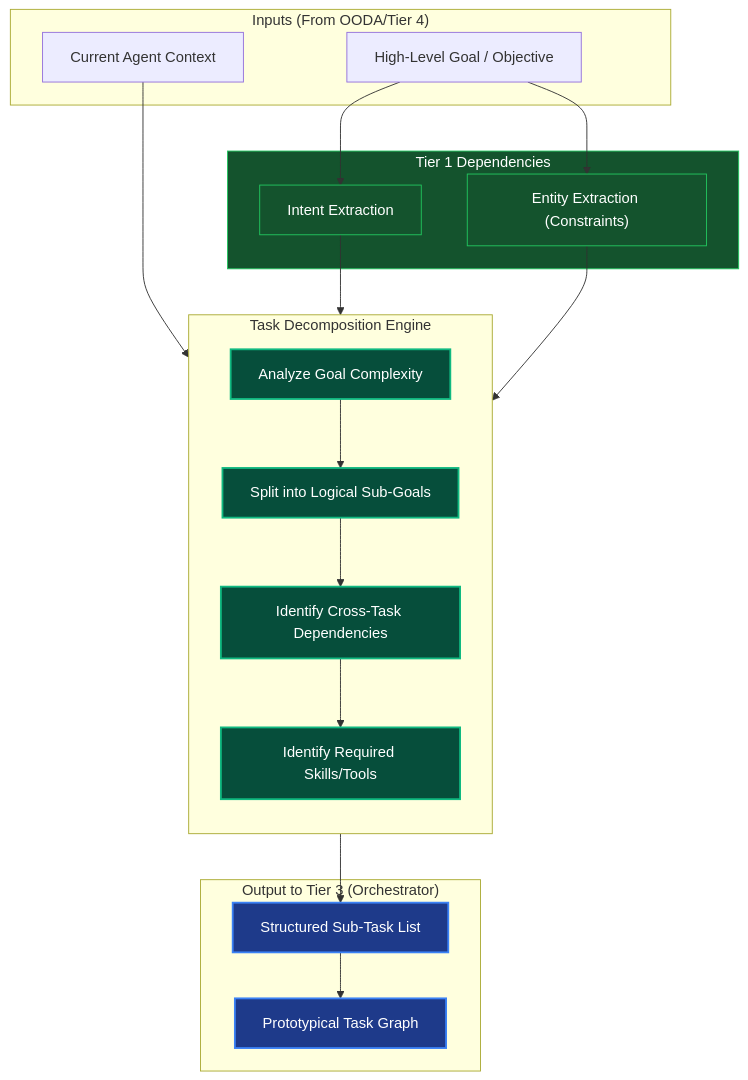
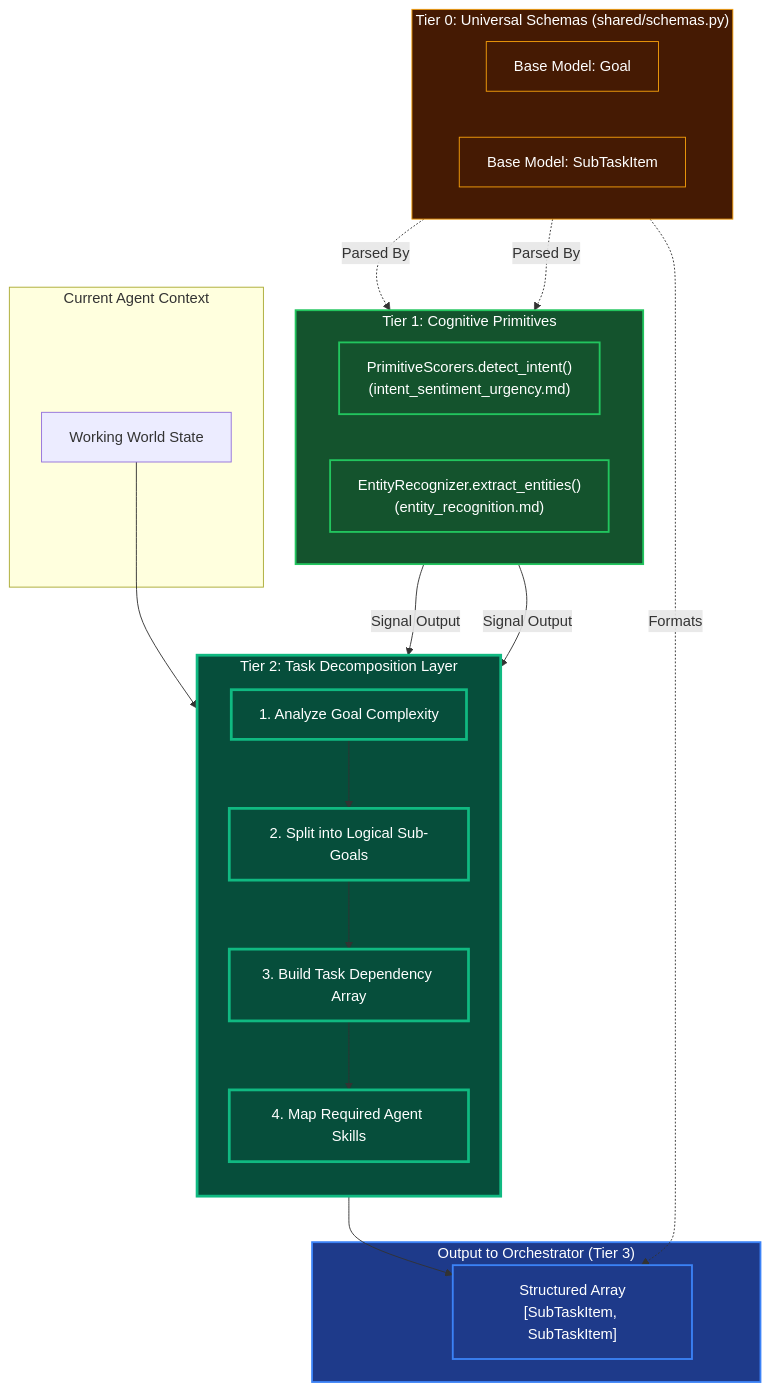
One commit to azzindani/Kea changed the diagram in redesign/tier_2/task_decomposition.md. Above: the diagram before and after it, drawn with Mermaid. The commit also changed 22 other files, not shown here.

Commit message:
feat: Define the conceptual architecture and components for Kea's multi-tiered redesign across tiers 0-6.

````diff
--- a/redesign/tier_2/task_decomposition.md
+++ b/redesign/tier_2/task_decomposition.md
@@ -8,54 +8,62 @@
 ```mermaid
 ---
 config:
   layout: dagre
 ---
 flowchart TB
-    %% Inputs
-    subgraph sInputs["Inputs (From OODA/Tier 4)"]
-        nGoal["High-Level Goal / Objective"]
-        nContext["Current Agent Context"]
+    %% DOWNSTREAM TIER 0 IMPORTS (SCHEMAS)
+    subgraph sTier0["Tier 0: Universal Schemas (shared/schemas.py)"]
+        direction LR
+        nSchemaGoal["Base Model: Goal"]
+        nSchemaTask["Base Model: SubTaskItem"]
     end
 
-    %% T1 Primitives
-    subgraph sTier1["Tier 1 Dependencies"]
-        nIntent["Intent Extraction"]
-        nEntity["Entity Extraction (Constraints)"]
+    %% DOWNSTREAM TIER 1 IMPORTS (PRIMITIVES)
+    subgraph sTier1["Tier 1: Cognitive Primitives"]
+        direction LR
+        nIntent["PrimitiveScorers.detect_intent()<br>(intent_sentiment_urgency.md)"]
+        nEntity["EntityRecognizer.extract_entities()<br>(entity_recognition.md)"]
+    end
+
+    %% Inputs
+    subgraph sInputs["Current Agent Context"]
+        nContext["Working World State"]
     end
 
     %% T2 Processing Engine
-    subgraph sEngine["Task Decomposition Engine"]
+    subgraph sEngine["Tier 2: Task Decomposition Layer"]
         direction TB
         
-        nAnalyze["Analyze Goal Complexity"]
-        nSplit["Split into Logical Sub-Goals"]
-        nDepCheck["Identify Cross-Task Dependencies"]
-        nResourceCheck["Identify Required Skills/Tools"]
+        nAnalyze["1. Analyze Goal Complexity"]
+        nSplit["2. Split into Logical Sub-Goals"]
+        nDepCheck["3. Build Task Dependency Array"]
+        nResourceCheck["4. Map Required Agent Skills"]
         
-        nAnalyze --> nSplit
-        nSplit --> nDepCheck
-        nDepCheck --> nResourceCheck
+        nAnalyze --> nSplit --> nDepCheck --> nResourceCheck
     end
 
     %% Outputs
-    subgraph sOutputs["Output to Tier 3 (Orchestrator)"]
-        nTaskList["Structured Sub-Task List"]
-        nGraphProto["Prototypical Task Graph"]
+    subgraph sOutputs["Output to Orchestrator (Tier 3)"]
+        nTaskList["Structured Array<br>[SubTaskItem, SubTaskItem]"]
     end
 
-    %% Routing
-    nGoal --> nIntent & nEntity
+    %% Execution & Routing
+    nSchemaGoal -.->|Parsed By| nIntent & nEntity
+    nSchemaTask -.->|Formats| nTaskList
+
     nContext --> nAnalyze
-    nIntent & nEntity --> nAnalyze
+    nIntent & nEntity -->|Signal Output| nAnalyze
     
-    nResourceCheck --> nTaskList --> nGraphProto
+    nResourceCheck --> nTaskList
 
     %% Styling
-    classDef t1 fill:#14532D,stroke:#22C55E,stroke-width:1px,color:#fff
-    classDef t2 fill:#064E3B,stroke:#10B981,stroke-width:2px,color:#fff
+    classDef t0 fill:#451A03,stroke:#F59E0B,stroke-width:1px,color:#fff
+    classDef t1 fill:#14532D,stroke:#22C55E,stroke-width:2px,color:#fff
+    classDef t2 fill:#064E3B,stroke:#10B981,stroke-width:3px,color:#fff
     classDef out fill:#1E3A8A,stroke:#3B82F6,stroke-width:2px,color:#fff
     
+    class sTier0,nSchemaGoal,nSchemaTask t0
     class sTier1,nIntent,nEntity t1
-    class nAnalyze,nSplit,nDepCheck,nResourceCheck t2
-    class nTaskList,nGraphProto out
+    class sEngine,nAnalyze,nSplit,nDepCheck,nResourceCheck t2
+    class sOutputs,nTaskList out
 ```
````
